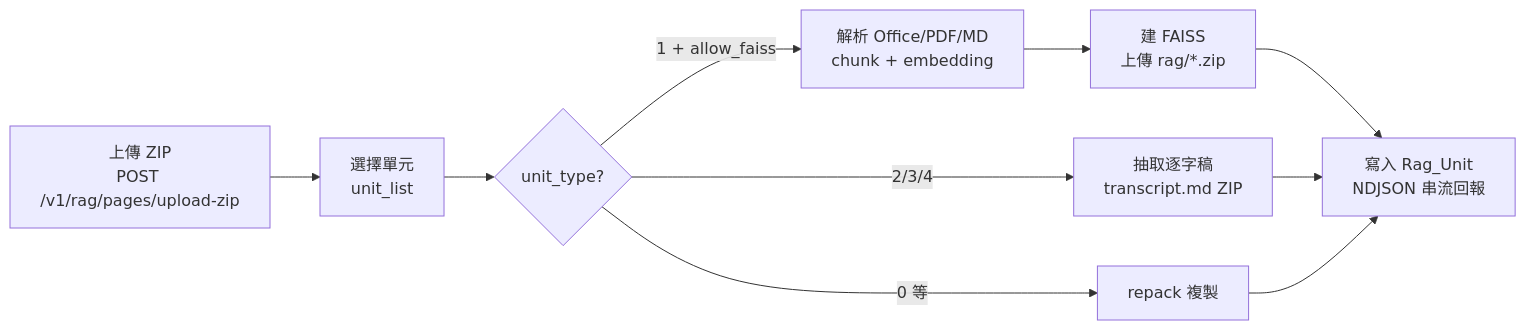
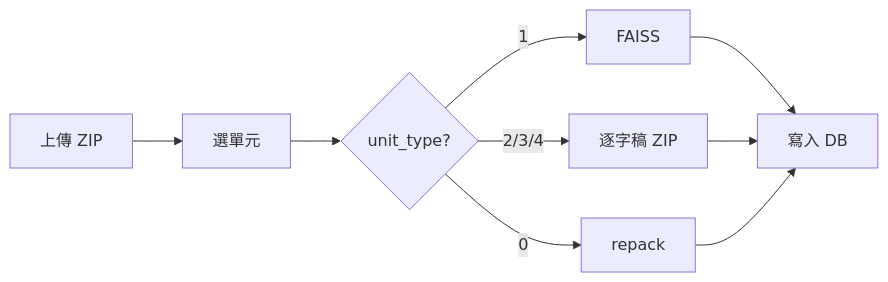
The fourth of 6 diagrams in README.md (kevin7261/MyQuiz-ai-backend), drawn with Mermaid before and after one commit. The commit also changed other lines of this file and 5 other files, not shown here.

First line of the commit message:
Update README and Database Schema for Quiz Functionality Enhancements

````diff
--- a/README.md
+++ b/README.md
@@ -493,12 +485,11 @@
 ```mermaid
 flowchart LR
-    A["上傳 ZIP<br/>POST /v1/rag/pages/upload-zip"] --> B["選擇單元<br/>unit_list"]
-    B --> C{"unit_type?"}
-    C -->|"1 + allow_faiss"| D["解析 Office/PDF/MD<br/>chunk + embedding"]
-    D --> E["建 FAISS<br/>上傳 rag/*.zip"]
-    C -->|2/3/4| F["抽取逐字稿<br/>transcript.md ZIP"]
-    C -->|0 等| G["repack 複製"]
-    E --> H["寫入 Rag_Unit<br/>NDJSON 串流回報"]
-    F --> H
-    G --> H
+    A[上傳 ZIP] --> B[選單元]
+    B --> C{unit_type?}
+    C -->|1| D[FAISS]
+    C -->|2/3/4| E[逐字稿 ZIP]
+    C -->|0| F[repack]
+    D --> G[寫入 DB]
+    E --> G
+    F --> G
 ```
````
